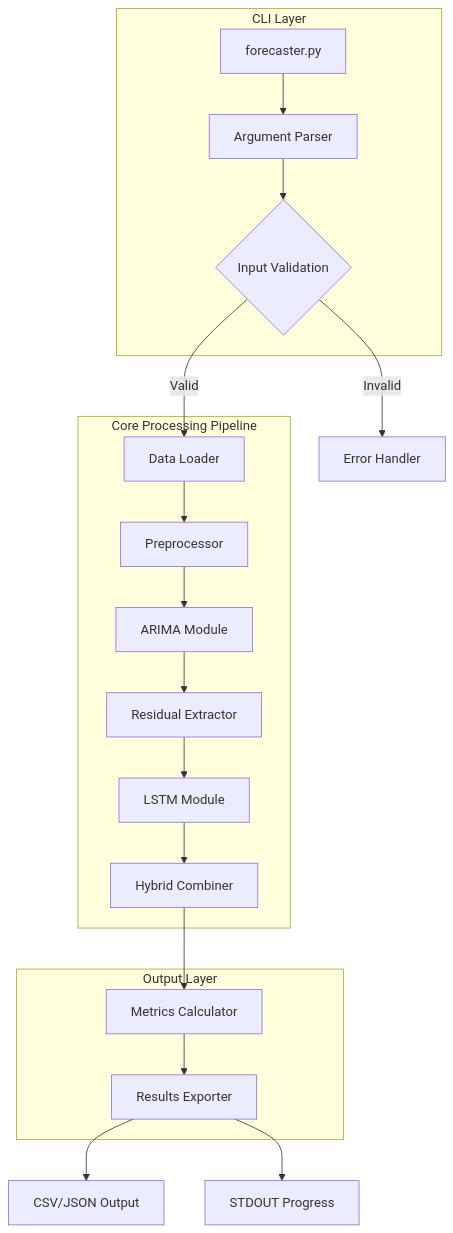
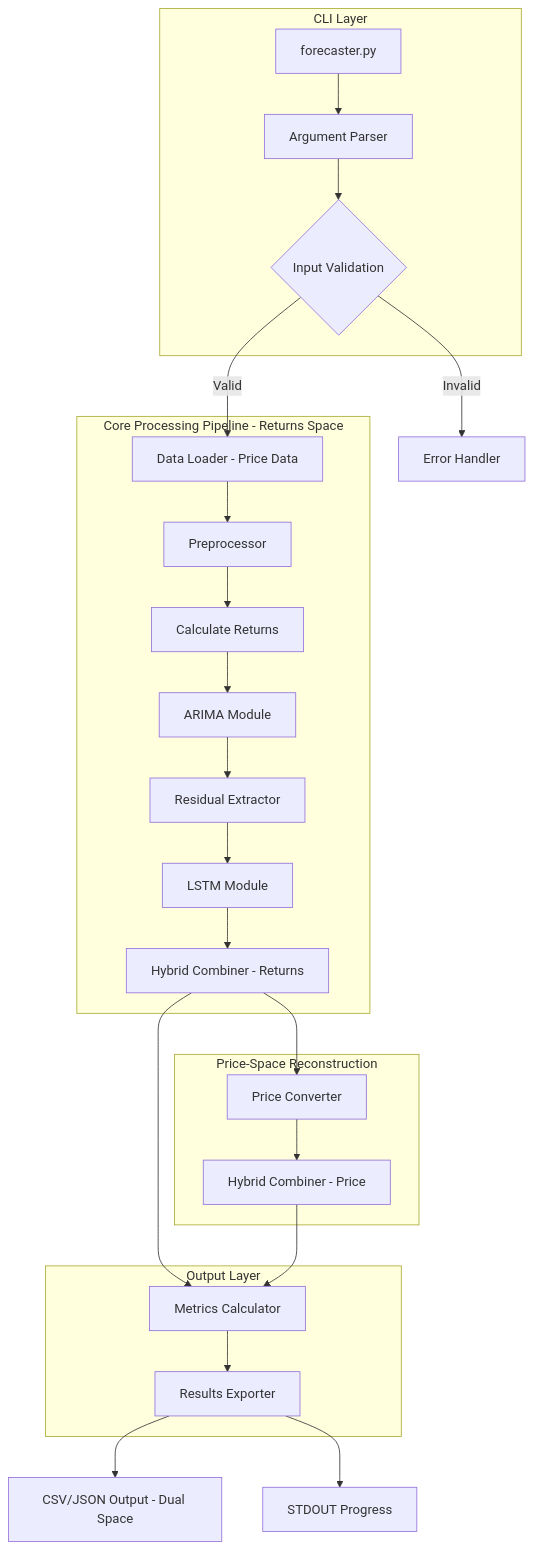
The first of 12 diagrams in plans/architecture.md (konstantin-vantukh/lstm_arima), drawn with Mermaid before and after one commit. The commit also changed other lines of this file and 28 other files, not shown here.

Commit message:
Adds forecasts in pricing space to the ones in returns space.

````diff
--- a/plans/architecture.md
+++ b/plans/architecture.md
@@ -24,25 +37,32 @@
 ```mermaid
 flowchart TB
     subgraph CLI[CLI Layer]
         A[forecaster.py] --> B[Argument Parser]
         B --> C{Input Validation}
     end
 
-    subgraph Core[Core Processing Pipeline]
-        D[Data Loader] --> E[Preprocessor]
-        E --> F[ARIMA Module]
-        F --> G[Residual Extractor]
-        G --> H[LSTM Module]
-        H --> I[Hybrid Combiner]
+    subgraph Core[Core Processing Pipeline - Returns Space]
+        D[Data Loader - Price Data] --> E[Preprocessor]
+        E --> F[Calculate Returns]
+        F --> G[ARIMA Module]
+        G --> H[Residual Extractor]
+        H --> I[LSTM Module]
+        I --> J[Hybrid Combiner - Returns]
+    end
+
+    subgraph PriceReconst[Price-Space Reconstruction]
+        J --> K[Price Converter]
+        K --> L[Hybrid Combiner - Price]
     end
 
     subgraph Output[Output Layer]
-        I --> J[Metrics Calculator]
-        J --> K[Results Exporter]
+        J --> M[Metrics Calculator]
+        L --> M
+        M --> N[Results Exporter]
     end
 
     C -->|Valid| D
-    C -->|Invalid| L[Error Handler]
-    K --> M[CSV/JSON Output]
-    K --> N[STDOUT Progress]
+    C -->|Invalid| O[Error Handler]
+    N --> P[CSV/JSON Output - Dual Space]
+    N --> Q[STDOUT Progress]
 ```
````
